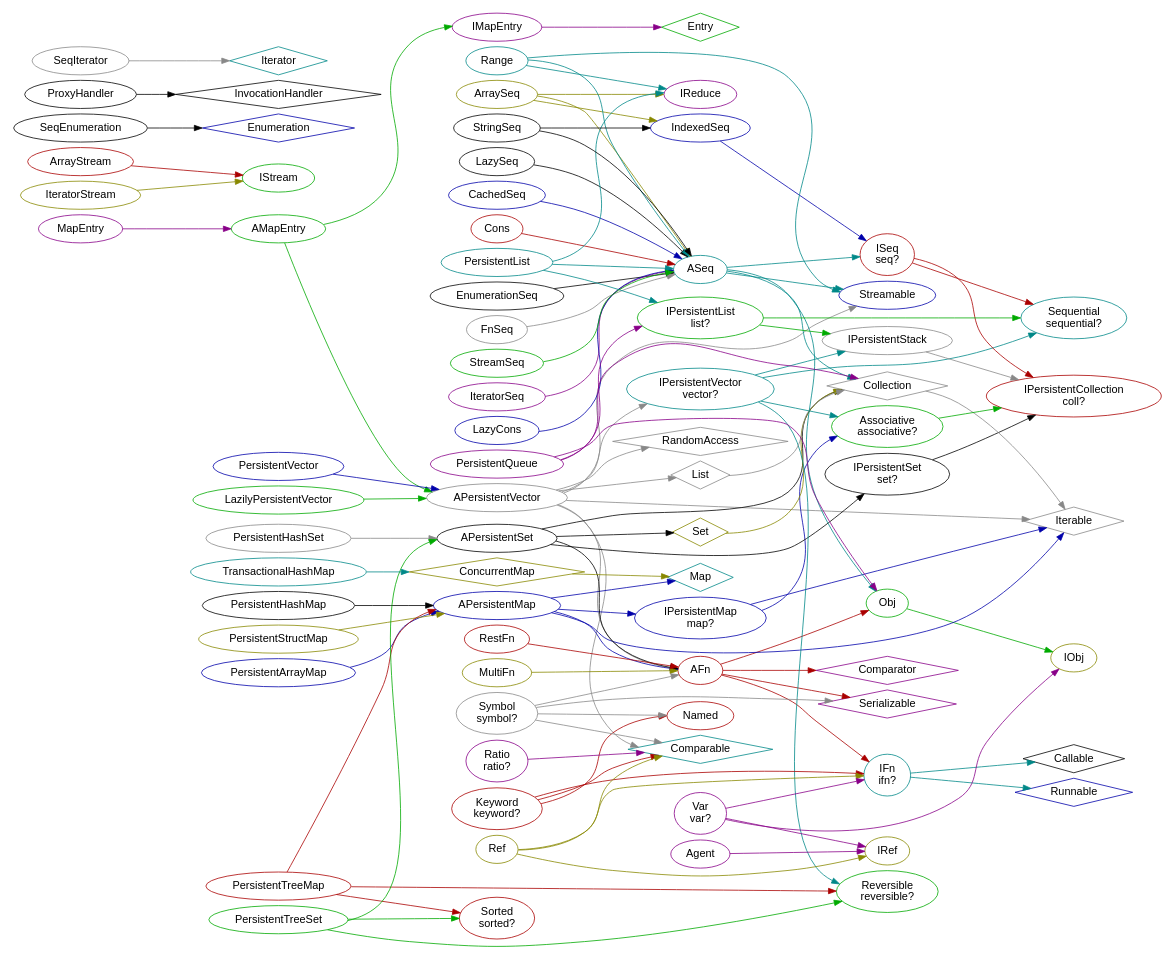
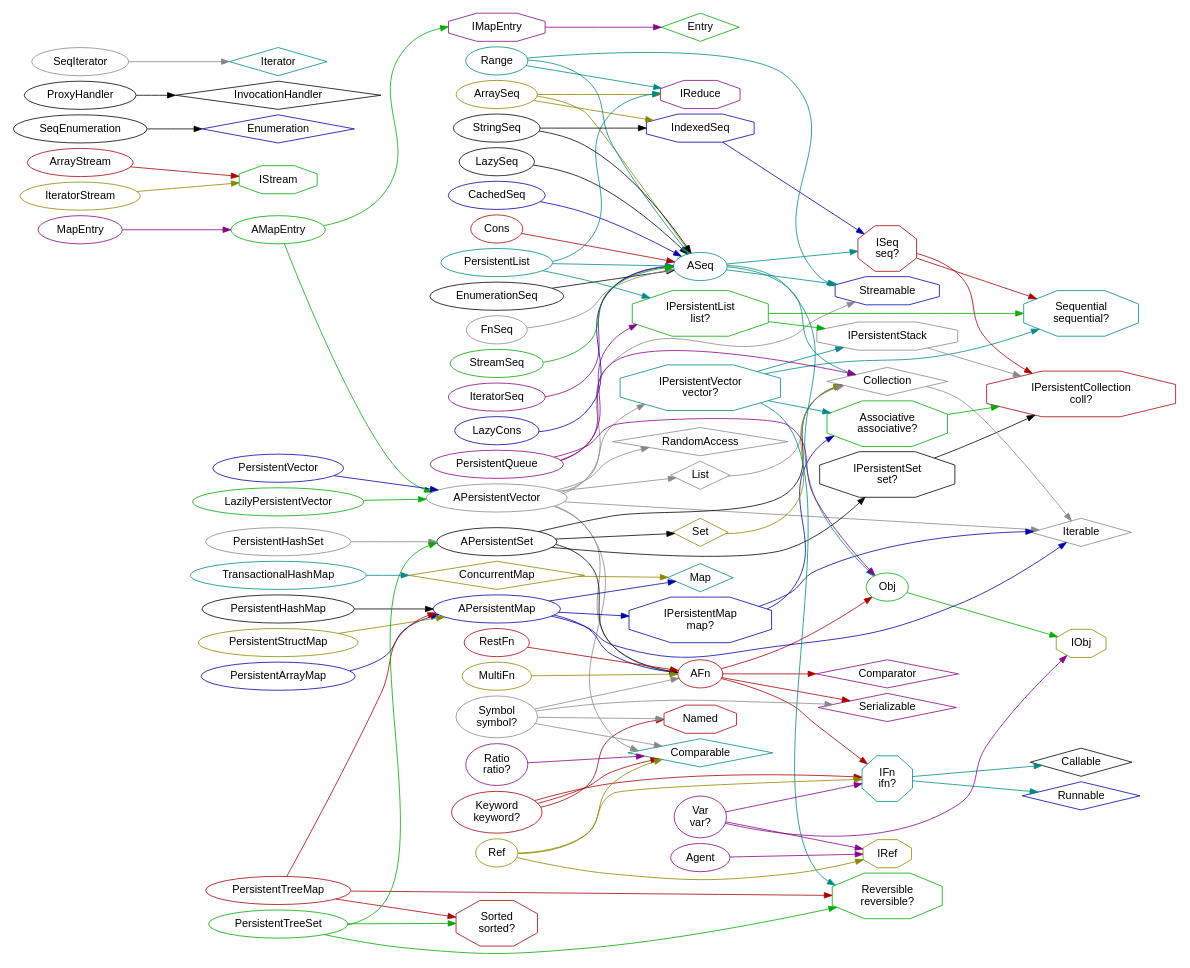
One commit to Chouser/clojure-classes changed the diagram in graph.dot. Above: the diagram before and after it, drawn with Graphviz. The commit also changed 5 other files, not shown here.

```diff
--- a/graph.dot
+++ b/graph.dot
@@ -1,190 +1,190 @@
 digraph {
   rankdir=LR;
   dpi=55;
   nodesep=0.10;
   node[ fontname=Helvetica shape=box ];
   AFn [ label="AFn" color="#aa0000" shape="oval"];
   AFn -> Obj [ color="#aa0000" ];
   AFn -> IFn [ color="#aa0000" ];
   AFn -> Comparator [ color="#aa0000" ];
   AFn -> Serializable [ color="#aa0000" ];
   AMapEntry [ label="AMapEntry" color="#00aa00" shape="oval"];
   AMapEntry -> APersistentVector [ color="#00aa00" ];
   AMapEntry -> IMapEntry [ color="#00aa00" ];
   APersistentMap [ label="APersistentMap" color="#0000aa" shape="oval"];
   APersistentMap -> AFn [ color="#0000aa" ];
   APersistentMap -> IPersistentMap [ color="#0000aa" ];
   APersistentMap -> Map [ color="#0000aa" ];
   APersistentMap -> Iterable [ color="#0000aa" ];
   APersistentSet [ label="APersistentSet" color="#000000" shape="oval"];
   APersistentSet -> AFn [ color="#000000" ];
   APersistentSet -> IPersistentSet [ color="#000000" ];
   APersistentSet -> Collection [ color="#000000" ];
   APersistentSet -> Set [ color="#000000" ];
   APersistentVector [ label="APersistentVector" color="#888888" shape="oval"];
   APersistentVector -> AFn [ color="#888888" ];
   APersistentVector -> IPersistentVector [ color="#888888" ];
   APersistentVector -> Iterable [ color="#888888" ];
   APersistentVector -> List [ color="#888888" ];
   APersistentVector -> RandomAccess [ color="#888888" ];
   APersistentVector -> Comparable [ color="#888888" ];
   APersistentVector -> Streamable [ color="#888888" ];
   ASeq [ label="ASeq" color="#008888" shape="oval"];
   ASeq -> Obj [ color="#008888" ];
   ASeq -> ISeq [ color="#008888" ];
   ASeq -> Collection [ color="#008888" ];
   ASeq -> Streamable [ color="#008888" ];
   Agent [ label="Agent" color="#880088" shape="oval"];
   Agent -> IRef [ color="#880088" ];
   ArraySeq [ label="ArraySeq" color="#888800" shape="oval"];
   ArraySeq -> ASeq [ color="#888800" ];
   ArraySeq -> IndexedSeq [ color="#888800" ];
   ArraySeq -> IReduce [ color="#888800" ];
   ArrayStream [ label="ArrayStream" color="#aa0000" shape="oval"];
   ArrayStream -> IStream [ color="#aa0000" ];
-  Associative [ label="Associative\nassociative?" color="#00aa00" shape="oval"];
+  Associative [ label="Associative\nassociative?" color="#00aa00" shape="octagon"];
   Associative -> IPersistentCollection [ color="#00aa00" ];
   CachedSeq [ label="CachedSeq" color="#0000aa" shape="oval"];
   CachedSeq -> ASeq [ color="#0000aa" ];
   Callable [ label="Callable" color="#000000" shape="diamond"];
   Collection [ label="Collection" color="#888888" shape="diamond"];
   Collection -> Iterable [ color="#888888" ];
   Comparable [ label="Comparable" color="#008888" shape="diamond"];
   Comparator [ label="Comparator" color="#880088" shape="diamond"];
   ConcurrentMap [ label="ConcurrentMap" color="#888800" shape="diamond"];
   ConcurrentMap -> Map [ color="#888800" ];
   Cons [ label="Cons" color="#aa0000" shape="oval"];
   Cons -> ASeq [ color="#aa0000" ];
   Entry [ label="Entry" color="#00aa00" shape="diamond"];
   Enumeration [ label="Enumeration" color="#0000aa" shape="diamond"];
   EnumerationSeq [ label="EnumerationSeq" color="#000000" shape="oval"];
   EnumerationSeq -> ASeq [ color="#000000" ];
   FnSeq [ label="FnSeq" color="#888888" shape="oval"];
   FnSeq -> ASeq [ color="#888888" ];
-  IFn [ label="IFn\nifn?" color="#008888" shape="oval"];
+  IFn [ label="IFn\nifn?" color="#008888" shape="octagon"];
   IFn -> Callable [ color="#008888" ];
   IFn -> Runnable [ color="#008888" ];
-  IMapEntry [ label="IMapEntry" color="#880088" shape="oval"];
+  IMapEntry [ label="IMapEntry" color="#880088" shape="octagon"];
   IMapEntry -> Entry [ color="#880088" ];
-  IObj [ label="IObj" color="#888800" shape="oval"];
-  IPersistentCollection [ label="IPersistentCollection\ncoll?" color="#aa0000" shape="oval"];
-  IPersistentList [ label="IPersistentList\nlist?" color="#00aa00" shape="oval"];
+  IObj [ label="IObj" color="#888800" shape="octagon"];
+  IPersistentCollection [ label="IPersistentCollection\ncoll?" color="#aa0000" shape="octagon"];
+  IPersistentList [ label="IPersistentList\nlist?" color="#00aa00" shape="octagon"];
   IPersistentList -> Sequential [ color="#00aa00" ];
   IPersistentList -> IPersistentStack [ color="#00aa00" ];
-  IPersistentMap [ label="IPersistentMap\nmap?" color="#0000aa" shape="oval"];
+  IPersistentMap [ label="IPersistentMap\nmap?" color="#0000aa" shape="octagon"];
   IPersistentMap -> Iterable [ color="#0000aa" ];
   IPersistentMap -> Associative [ color="#0000aa" ];
-  IPersistentSet [ label="IPersistentSet\nset?" color="#000000" shape="oval"];
+  IPersistentSet [ label="IPersistentSet\nset?" color="#000000" shape="octagon"];
   IPersistentSet -> IPersistentCollection [ color="#000000" ];
-  IPersistentStack [ label="IPersistentStack" color="#888888" shape="oval"];
+  IPersistentStack [ label="IPersistentStack" color="#888888" shape="octagon"];
   IPersistentStack -> IPersistentCollection [ color="#888888" ];
-  IPersistentVector [ label="IPersistentVector\nvector?" color="#008888" shape="oval"];
+  IPersistentVector [ label="IPersistentVector\nvector?" color="#008888" shape="octagon"];
   IPersistentVector -> Associative [ color="#008888" ];
   IPersistentVector -> Sequential [ color="#008888" ];
   IPersistentVector -> IPersistentStack [ color="#008888" ];
   IPersistentVector -> Reversible [ color="#008888" ];
-  IReduce [ label="IReduce" color="#880088" shape="oval"];
-  IRef [ label="IRef" color="#888800" shape="oval"];
-  ISeq [ label="ISeq\nseq?" color="#aa0000" shape="oval"];
+  IReduce [ label="IReduce" color="#880088" shape="octagon"];
+  IRef [ label="IRef" color="#888800" shape="octagon"];
+  ISeq [ label="ISeq\nseq?" color="#aa0000" shape="octagon"];
   ISeq -> IPersistentCollection [ color="#aa0000" ];
   ISeq -> Sequential [ color="#aa0000" ];
-  IStream [ label="IStream" color="#00aa00" shape="oval"];
-  IndexedSeq [ label="IndexedSeq" color="#0000aa" shape="oval"];
+  IStream [ label="IStream" color="#00aa00" shape="octagon"];
+  IndexedSeq [ label="IndexedSeq" color="#0000aa" shape="octagon"];
   IndexedSeq -> ISeq [ color="#0000aa" ];
   InvocationHandler [ label="InvocationHandler" color="#000000" shape="diamond"];
   Iterable [ label="Iterable" color="#888888" shape="diamond"];
   Iterator [ label="Iterator" color="#008888" shape="diamond"];
   IteratorSeq [ label="IteratorSeq" color="#880088" shape="oval"];
   IteratorSeq -> ASeq [ color="#880088" ];
   IteratorStream [ label="IteratorStream" color="#888800" shape="oval"];
   IteratorStream -> IStream [ color="#888800" ];
   Keyword [ label="Keyword\nkeyword?" color="#aa0000" shape="oval"];
   Keyword -> IFn [ color="#aa0000" ];
   Keyword -> Comparable [ color="#aa0000" ];
   Keyword -> Named [ color="#aa0000" ];
   LazilyPersistentVector [ label="LazilyPersistentVector" color="#00aa00" shape="oval"];
   LazilyPersistentVector -> APersistentVector [ color="#00aa00" ];
   LazyCons [ label="LazyCons" color="#0000aa" shape="oval"];
   LazyCons -> ASeq [ color="#0000aa" ];
   LazySeq [ label="LazySeq" color="#000000" shape="oval"];
   LazySeq -> ASeq [ color="#000000" ];
   List [ label="List" color="#888888" shape="diamond"];
   List -> Collection [ color="#888888" ];
   Map [ label="Map" color="#008888" shape="diamond"];
   MapEntry [ label="MapEntry" color="#880088" shape="oval"];
   MapEntry -> AMapEntry [ color="#880088" ];
   MultiFn [ label="MultiFn" color="#888800" shape="oval"];
   MultiFn -> AFn [ color="#888800" ];
-  Named [ label="Named" color="#aa0000" shape="oval"];
+  Named [ label="Named" color="#aa0000" shape="octagon"];
   Obj [ label="Obj" color="#00aa00" shape="oval"];
   Obj -> IObj [ color="#00aa00" ];
   PersistentArrayMap [ label="PersistentArrayMap" color="#0000aa" shape="oval"];
   PersistentArrayMap -> APersistentMap [ color="#0000aa" ];
   PersistentHashMap [ label="PersistentHashMap" color="#000000" shape="oval"];
   PersistentHashMap -> APersistentMap [ color="#000000" ];
   PersistentHashSet [ label="PersistentHashSet" color="#888888" shape="oval"];
   PersistentHashSet -> APersistentSet [ color="#888888" ];
   PersistentList [ label="PersistentList" color="#008888" shape="oval"];
   PersistentList -> ASeq [ color="#008888" ];
   PersistentList -> IPersistentList [ color="#008888" ];
   PersistentList -> IReduce [ color="#008888" ];
   PersistentQueue [ label="PersistentQueue" color="#880088" shape="oval"];
   PersistentQueue -> Obj [ color="#880088" ];
   PersistentQueue -> IPersistentList [ color="#880088" ];
   PersistentQueue -> Collection [ color="#880088" ];
   PersistentStructMap [ label="PersistentStructMap" color="#888800" shape="oval"];
   PersistentStructMap -> APersistentMap [ color="#888800" ];
   PersistentTreeMap [ label="PersistentTreeMap" color="#aa0000" shape="oval"];
   PersistentTreeMap -> APersistentMap [ color="#aa0000" ];
   PersistentTreeMap -> Reversible [ color="#aa0000" ];
   PersistentTreeMap -> Sorted [ color="#aa0000" ];
   PersistentTreeSet [ label="PersistentTreeSet" color="#00aa00" shape="oval"];
   PersistentTreeSet -> APersistentSet [ color="#00aa00" ];
   PersistentTreeSet -> Reversible [ color="#00aa00" ];
   PersistentTreeSet -> Sorted [ color="#00aa00" ];
   PersistentVector [ label="PersistentVector" color="#0000aa" shape="oval"];
   PersistentVector -> APersistentVector [ color="#0000aa" ];
   ProxyHandler [ label="ProxyHandler" color="#000000" shape="oval"];
   ProxyHandler -> InvocationHandler [ color="#000000" ];
   RandomAccess [ label="RandomAccess" color="#888888" shape="diamond"];
   Range [ label="Range" color="#008888" shape="oval"];
   Range -> ASeq [ color="#008888" ];
   Range -> IReduce [ color="#008888" ];
   Range -> Streamable [ color="#008888" ];
   Ratio [ label="Ratio\nratio?" color="#880088" shape="oval"];
   Ratio -> Comparable [ color="#880088" ];
   Ref [ label="Ref" color="#888800" shape="oval"];
   Ref -> IFn [ color="#888800" ];
   Ref -> Comparable [ color="#888800" ];
   Ref -> IRef [ color="#888800" ];
   RestFn [ label="RestFn" color="#aa0000" shape="oval"];
   RestFn -> AFn [ color="#aa0000" ];
-  Reversible [ label="Reversible\nreversible?" color="#00aa00" shape="oval"];
+  Reversible [ label="Reversible\nreversible?" color="#00aa00" shape="octagon"];
   Runnable [ label="Runnable" color="#0000aa" shape="diamond"];
   SeqEnumeration [ label="SeqEnumeration" color="#000000" shape="oval"];
   SeqEnumeration -> Enumeration [ color="#000000" ];
   SeqIterator [ label="SeqIterator" color="#888888" shape="oval"];
   SeqIterator -> Iterator [ color="#888888" ];
-  Sequential [ label="Sequential\nsequential?" color="#008888" shape="oval"];
+  Sequential [ label="Sequential\nsequential?" color="#008888" shape="octagon"];
   Serializable [ label="Serializable" color="#880088" shape="diamond"];
   Set [ label="Set" color="#888800" shape="diamond"];
   Set -> Collection [ color="#888800" ];
-  Sorted [ label="Sorted\nsorted?" color="#aa0000" shape="oval"];
+  Sorted [ label="Sorted\nsorted?" color="#aa0000" shape="octagon"];
   StreamSeq [ label="StreamSeq" color="#00aa00" shape="oval"];
   StreamSeq -> ASeq [ color="#00aa00" ];
-  Streamable [ label="Streamable" color="#0000aa" shape="oval"];
+  Streamable [ label="Streamable" color="#0000aa" shape="octagon"];
   StringSeq [ label="StringSeq" color="#000000" shape="oval"];
   StringSeq -> ASeq [ color="#000000" ];
   StringSeq -> IndexedSeq [ color="#000000" ];
   Symbol [ label="Symbol\nsymbol?" color="#888888" shape="oval"];
   Symbol -> AFn [ color="#888888" ];
   Symbol -> Comparable [ color="#888888" ];
   Symbol -> Named [ color="#888888" ];
   Symbol -> Serializable [ color="#888888" ];
   TransactionalHashMap [ label="TransactionalHashMap" color="#008888" shape="oval"];
   TransactionalHashMap -> ConcurrentMap [ color="#008888" ];
   Var [ label="Var\nvar?" color="#880088" shape="oval"];
   Var -> IFn [ color="#880088" ];
   Var -> IRef [ color="#880088" ];
   Var -> IObj [ color="#880088" ];
 }
```
